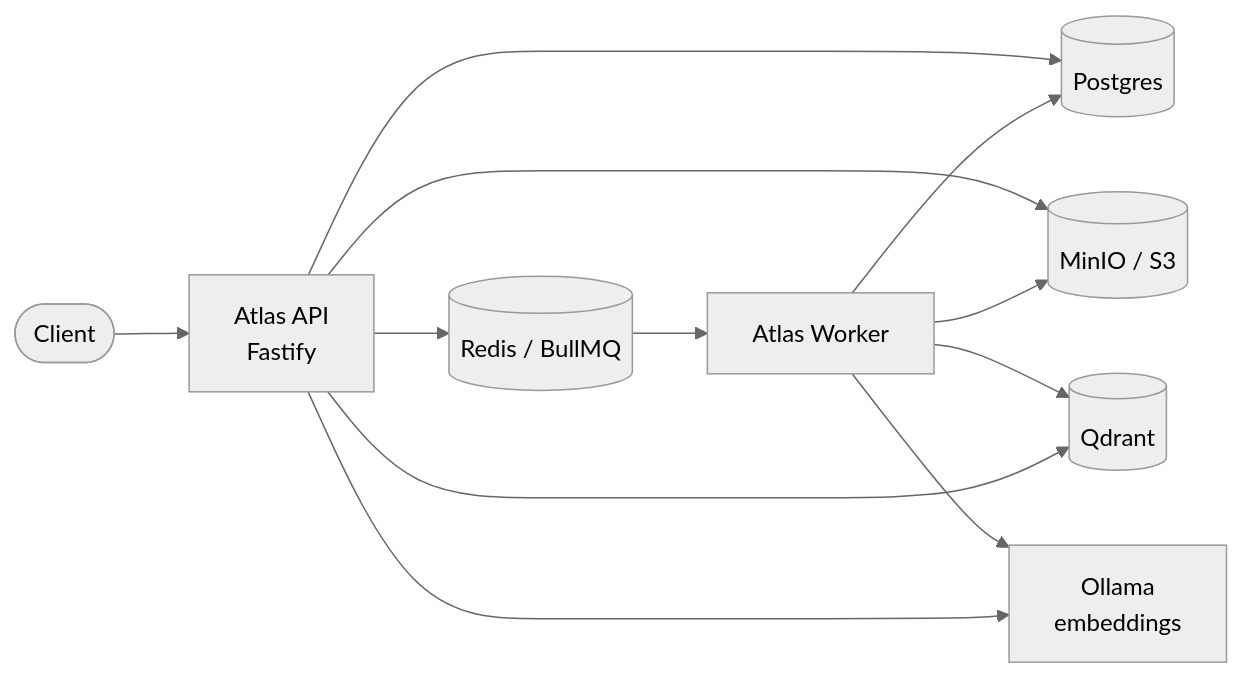
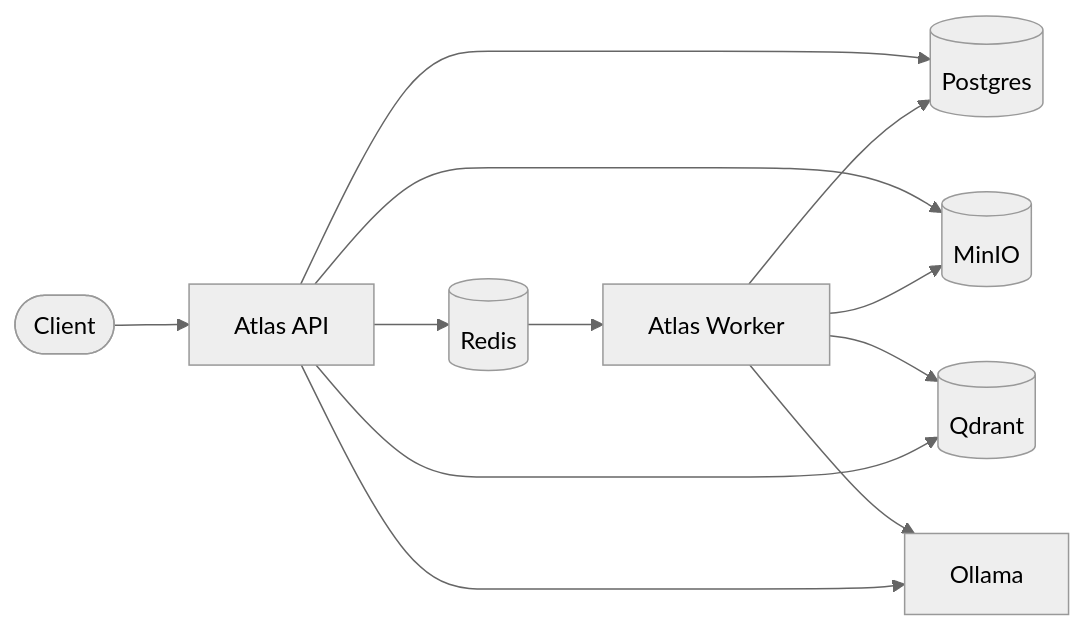
Before and after one commit to EBay1992/atlas: the second of 2 diagrams in README.md, drawn with Mermaid (neutral theme). The commit also changed other lines of this file and 3 other files, not shown here.

First line of the commit message:
docs: fix Mermaid diagrams for GitHub rendering

````diff
--- a/README.md
+++ b/README.md
@@ -72,14 +78,14 @@
 ```mermaid
 flowchart LR
-  Client([Client]) --> API[Atlas API<br/>Fastify]
+  Client([Client]) --> API["Atlas API"]
   API --> PG[(Postgres)]
-  API --> MinIO[(MinIO / S3)]
-  API --> Redis[(Redis / BullMQ)]
-  Redis --> Worker[Atlas Worker]
+  API --> MinIO[(MinIO)]
+  API --> Redis[(Redis)]
+  Redis --> Worker["Atlas Worker"]
   Worker --> MinIO
   Worker --> PG
   Worker --> Qdrant[(Qdrant)]
-  Worker --> Ollama[Ollama<br/>embeddings]
+  Worker --> Ollama["Ollama"]
   API --> Qdrant
   API --> Ollama
 ```
````
